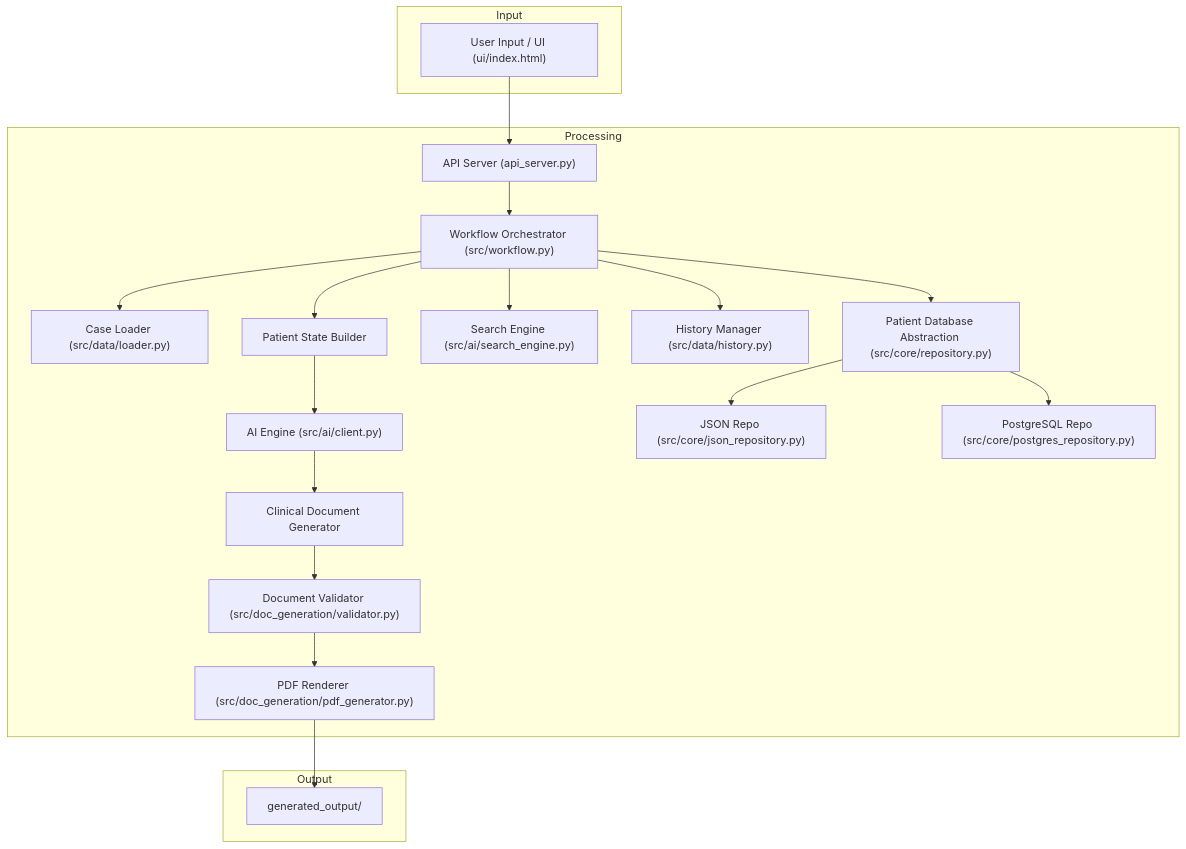
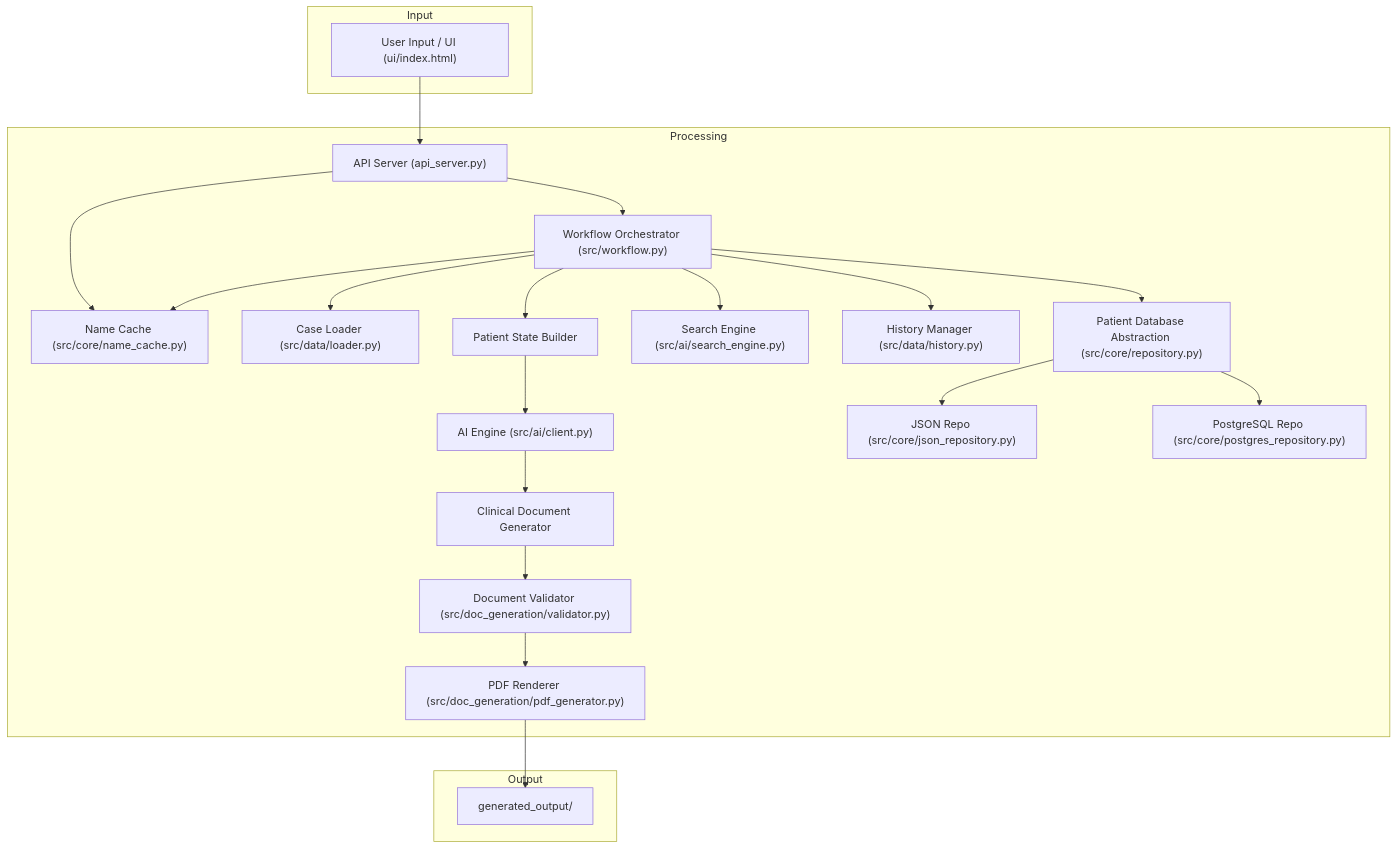
Before and after one commit to akshaykumarar/pdgenerator: the diagram in ARCHITECTURE.md, drawn with Mermaid. The commit also changed other lines of this file and 14 other files, not shown here.

Commit message:
implement instant patient roster loading via thread-safe local name cache and UI loading skeletons

````diff
--- a/ARCHITECTURE.md
+++ b/ARCHITECTURE.md
@@ -41,24 +41,26 @@
 ```mermaid
 graph TD
     subgraph Input
         UI["User Input / UI (ui/index.html)"]
     end
     subgraph Processing
         API["API Server (api_server.py)"] --> Generator["Workflow Orchestrator (src/workflow.py)"]
+        API --> NameCache["Name Cache (src/core/name_cache.py)"]
+        Generator --> NameCache
         Generator --> DataLoader["Case Loader (src/data/loader.py)"]
         Generator --> PatientState["Patient State Builder"]
         PatientState --> AIEngine["AI Engine (src/ai/client.py)"]
         AIEngine --> Documents["Clinical Document Generator"]
         Documents --> Validator["Document Validator (src/doc_generation/validator.py)"]
         Validator --> PDFFactory["PDF Renderer (src/doc_generation/pdf_generator.py)"]
         Generator --> Search["Search Engine (src/ai/search_engine.py)"]
         Generator --> History["History Manager (src/data/history.py)"]
         Generator --> DB["Patient Database Abstraction (src/core/repository.py)"]
         DB --> JSONRepo["JSON Repo (src/core/json_repository.py)"]
         DB --> PostgresRepo["PostgreSQL Repo (src/core/postgres_repository.py)"]
     end
     subgraph Output
         PDFFactory --> OutputDir["generated_output/"]
     end
     UI --> API
 ```
````
